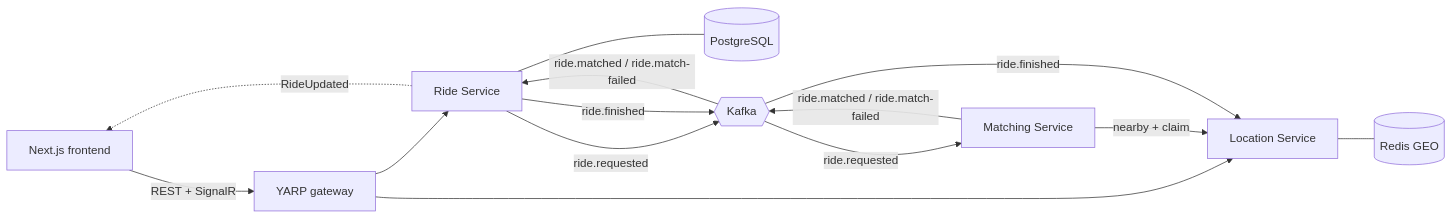
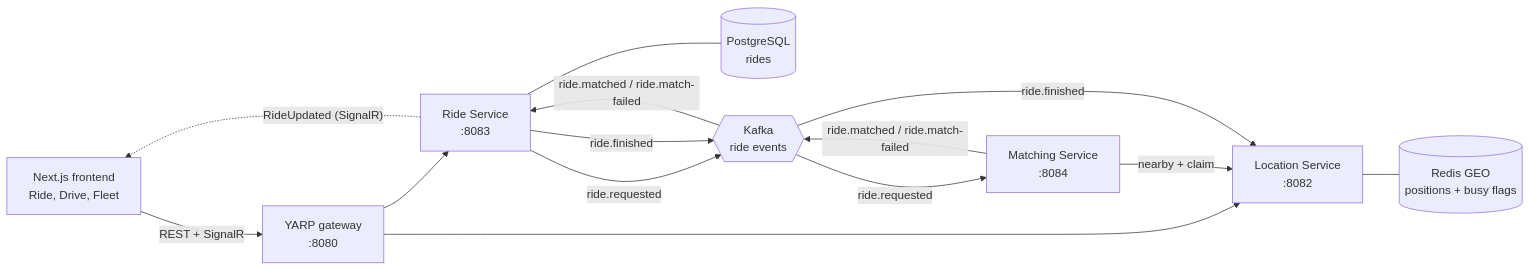
One commit to Ridzzz0Alam/rideSharing changed the first of 9 diagrams in README.md. Above: the diagram before and after it, drawn with Mermaid. The commit also changed other lines of this file, not shown here.

First line of the commit message:
Restructure README and add Mermaid diagrams

````diff
--- a/README.md
+++ b/README.md
@@ -17,16 +46,25 @@
 ```mermaid
 flowchart LR
-    web[Next.js frontend] -->|REST + SignalR| gw[YARP gateway]
-    gw --> loc[Location Service]
-    gw --> ride[Ride Service]
-    loc --- redis[(Redis GEO)]
-    ride --- pg[(PostgreSQL)]
-    ride -- ride.requested --> kafka{{Kafka}}
-    kafka -- ride.requested --> match[Matching Service]
-    match -- nearby + claim --> loc
-    match -- ride.matched / ride.match-failed --> kafka
-    kafka -- ride.matched / ride.match-failed --> ride
-    ride -- ride.finished --> kafka
-    kafka -- ride.finished --> loc
-    ride -. RideUpdated .-> web
+    web["Next.js frontend<br/>Ride, Drive, Fleet"]
+    gw["YARP gateway<br/>:8080"]
+    loc["Location Service<br/>:8082"]
+    ride["Ride Service<br/>:8083"]
+    match["Matching Service<br/>:8084"]
+    redis[("Redis GEO<br/>positions + busy flags")]
+    pg[("PostgreSQL<br/>rides")]
+    kafka{{"Kafka<br/>ride events"}}
+
+    web -->|"REST + SignalR"| gw
+    gw --> loc
+    gw --> ride
+    loc --- redis
+    ride --- pg
+    ride -- "ride.requested" --> kafka
+    kafka -- "ride.requested" --> match
+    match -- "nearby + claim" --> loc
+    match -- "ride.matched / ride.match-failed" --> kafka
+    kafka -- "ride.matched / ride.match-failed" --> ride
+    ride -- "ride.finished" --> kafka
+    kafka -- "ride.finished" --> loc
+    ride -. "RideUpdated (SignalR)" .-> web
 ```
````
